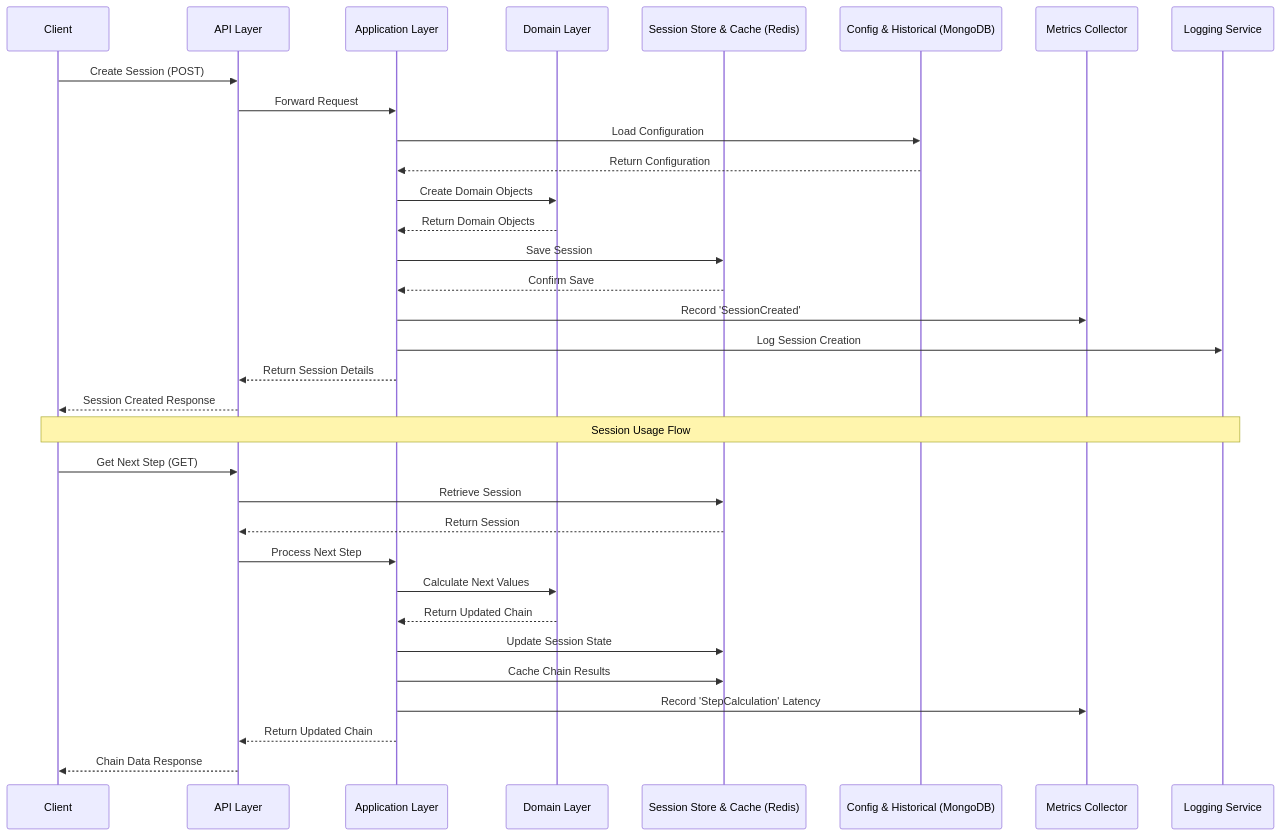
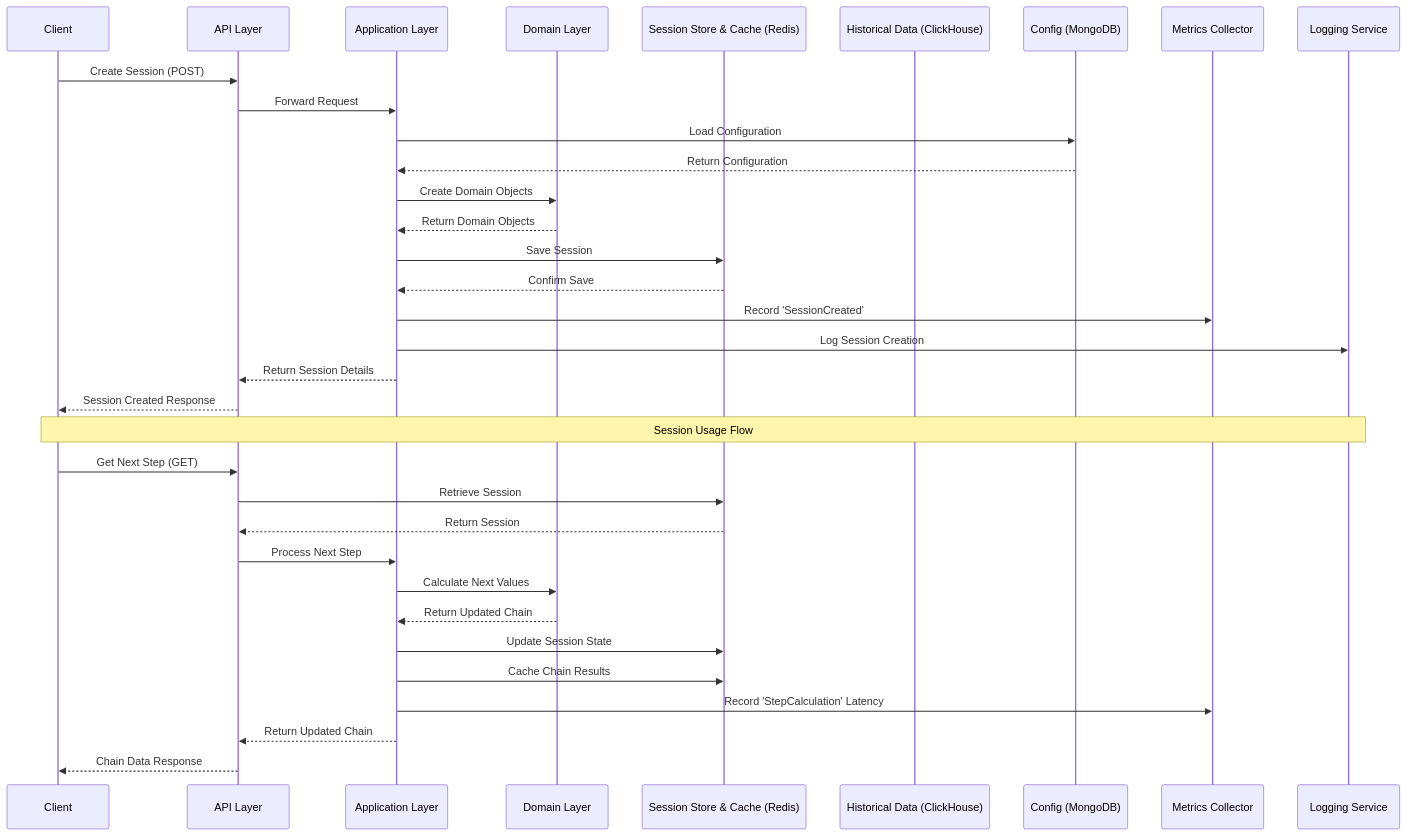
One commit to joaquinbejar/OptionChain-Simulator changed the third of 6 diagrams in doc/infrastructure/layer.md. Above: the diagram before and after it, drawn with Mermaid. The commit also changed other lines of this file and 3 other files, not shown here.

First line of the commit message:
Add script for ClickHouse initialization and data loading

````diff
--- a/doc/infrastructure/layer.md
+++ b/doc/infrastructure/layer.md
@@ -103,38 +105,39 @@
 ```mermaid
 sequenceDiagram
     participant Client
     participant APILayer as API Layer
     participant AppLayer as Application Layer
     participant DomainLayer as Domain Layer
     participant Redis as Session Store & Cache (Redis)
-    participant MongoDB as Config & Historical (MongoDB)
+    participant ClickHouse as Historical Data (ClickHouse)
+    participant MongoDB as Config (MongoDB)
     participant Metrics as Metrics Collector
     participant Logs as Logging Service
 
     Client->>APILayer: Create Session (POST)
     APILayer->>AppLayer: Forward Request
     AppLayer->>MongoDB: Load Configuration
     MongoDB-->>AppLayer: Return Configuration
     AppLayer->>DomainLayer: Create Domain Objects
     DomainLayer-->>AppLayer: Return Domain Objects
     AppLayer->>Redis: Save Session
     Redis-->>AppLayer: Confirm Save
     AppLayer->>Metrics: Record 'SessionCreated'
     AppLayer->>Logs: Log Session Creation
     AppLayer-->>APILayer: Return Session Details
     APILayer-->>Client: Session Created Response
 
     Note over Client,Logs: Session Usage Flow
 
     Client->>APILayer: Get Next Step (GET)
     APILayer->>Redis: Retrieve Session
     Redis-->>APILayer: Return Session
     APILayer->>AppLayer: Process Next Step
     AppLayer->>DomainLayer: Calculate Next Values
     DomainLayer-->>AppLayer: Return Updated Chain
     AppLayer->>Redis: Update Session State
     AppLayer->>Redis: Cache Chain Results
     AppLayer->>Metrics: Record 'StepCalculation' Latency
     AppLayer-->>APILayer: Return Updated Chain
     APILayer-->>Client: Chain Data Response
 ```
````
